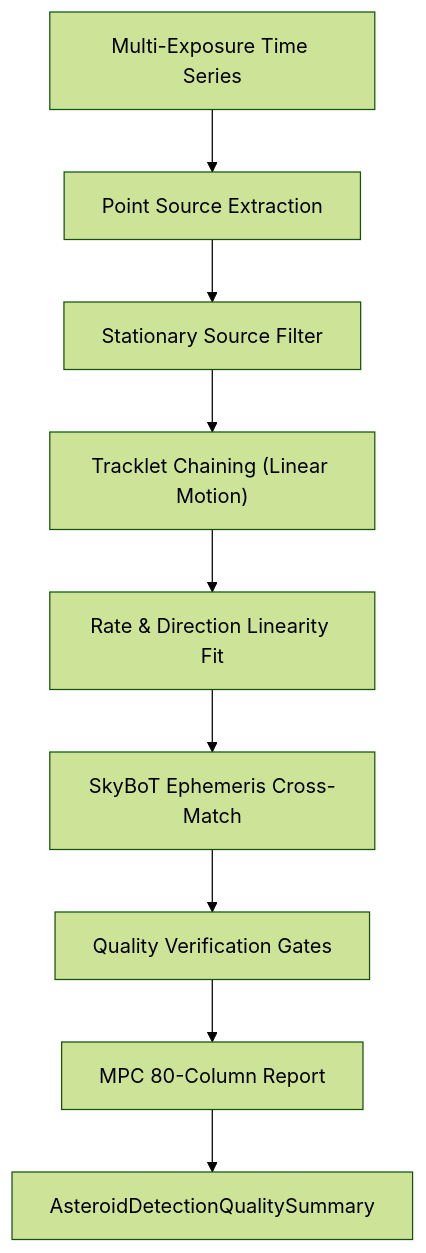
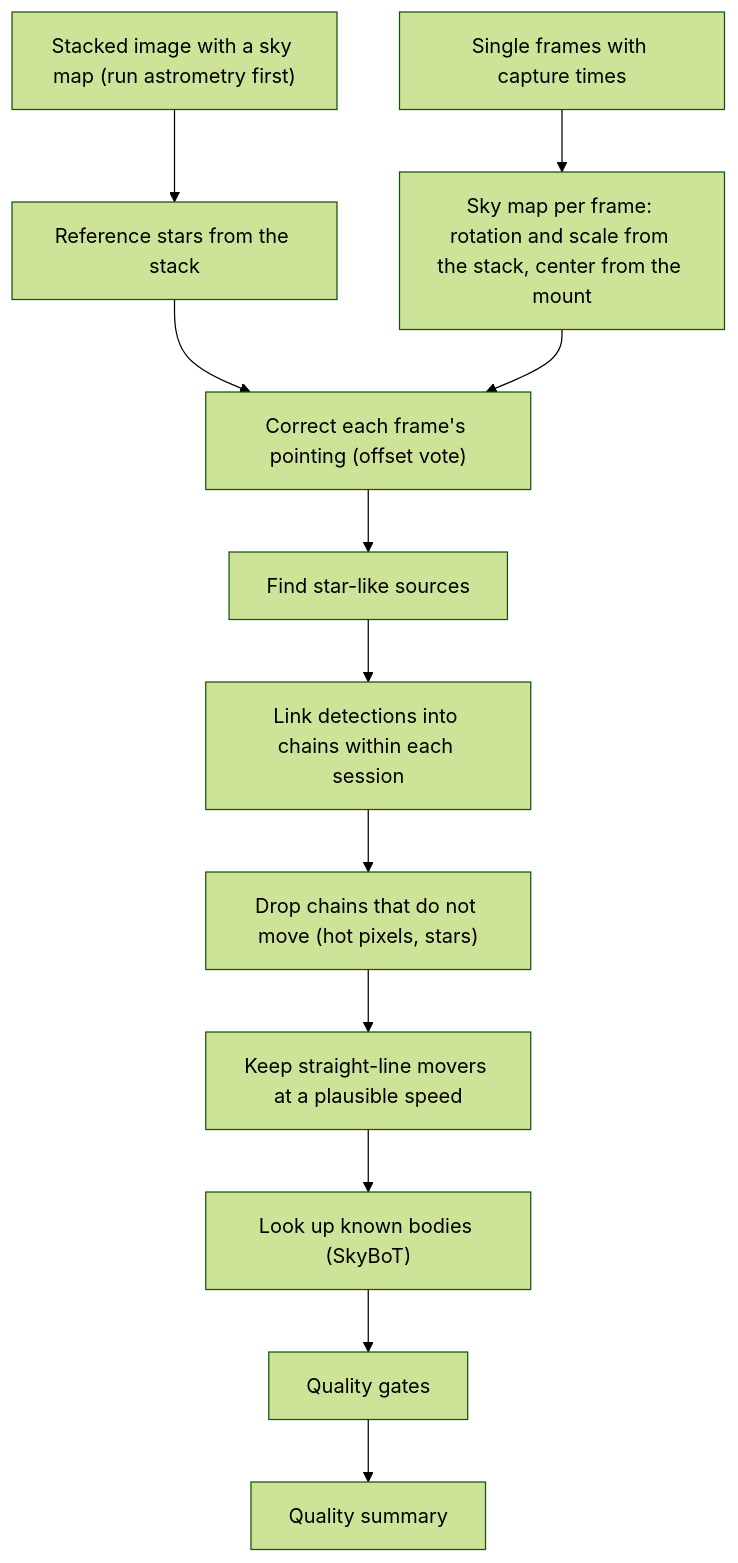
One commit to m1chae2/astrometrics changed the diagram in documentation/library_design/pipelines/asteroid_detection.md. Above: the diagram before and after it, drawn with Mermaid (forest theme). The commit also changed other lines of this file and 281 other files, not shown here.

````diff
--- a/documentation/library_design/pipelines/asteroid_detection.md
+++ b/documentation/library_design/pipelines/asteroid_detection.md
@@ -20,11 +25,15 @@
 ```mermaid
 flowchart TD
-    A["Multi-Exposure Time Series"] --> B["Point Source Extraction"]
-    B --> C["Stationary Source Filter"]
-    C --> D["Tracklet Chaining (Linear Motion)"]
-    D --> E["Rate & Direction Linearity Fit"]
-    E --> F["SkyBoT Ephemeris Cross-Match"]
-    F --> G["Quality Verification Gates"]
-    G --> H["MPC 80-Column Report"]
-    H --> I["AsteroidDetectionQualitySummary"]
+    A["Stacked image with a sky map (run astrometry first)"] --> B["Reference stars from the stack"]
+    D["Sky map per frame: rotation and scale from the stack, center from the mount"]
+    C["Single frames with capture times"] --> D
+    B --> E["Correct each frame's pointing (offset vote)"]
+    D --> E
+    E --> F["Find star-like sources"]
+    F --> G["Link detections into chains within each session"]
+    G --> H["Drop chains that do not move (hot pixels, stars)"]
+    H --> I["Keep straight-line movers at a plausible speed"]
+    I --> J["Look up known bodies (SkyBoT)"]
+    J --> K["Quality gates"]
+    K --> L["Quality summary"]
 ```
````
